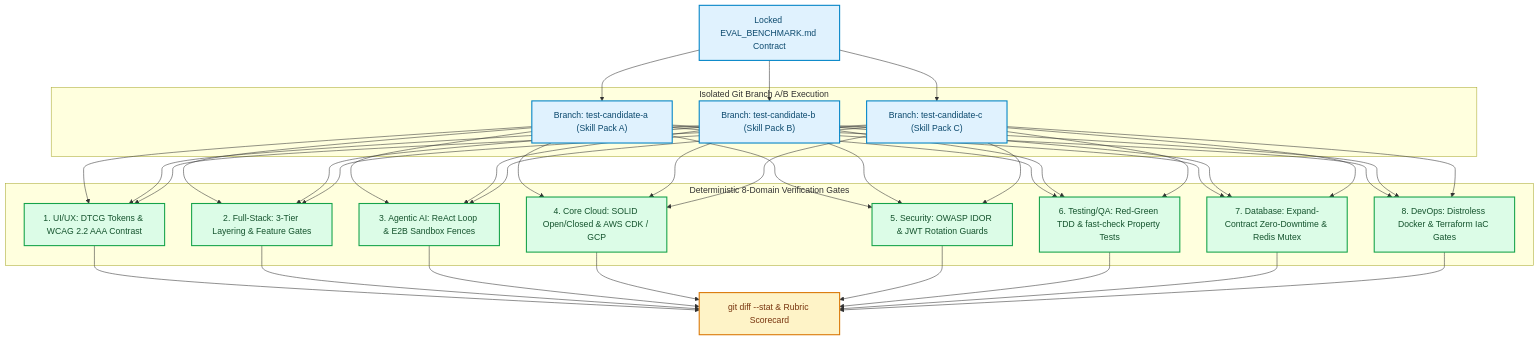
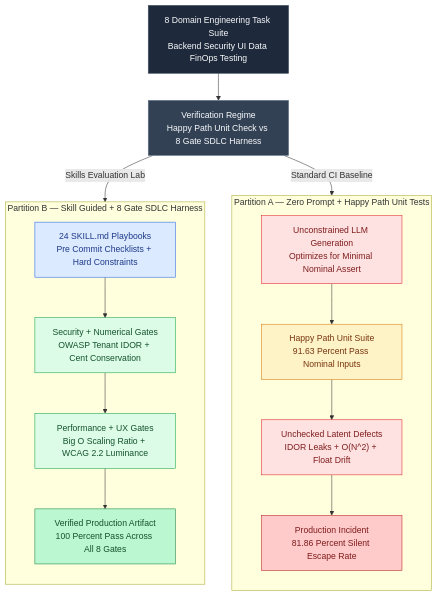
The diagram in blog/posts/benchmarking-ai-coding-agent-skills-8-domain-evaluation-harness.md (akmalkhaniub/akmalkhaniub.github.io), drawn with Mermaid before and after one commit. The commit also changed other lines of this file and 448 other files, not shown here.

Commit message:
perf(blog): upgrade Oct 20-25 posts with 2-col diagrams, reproducible benchmarks, and staggered dates

````diff
--- a/blog/posts/benchmarking-ai-coding-agent-skills-8-domain-evaluation-harness.md
+++ b/blog/posts/benchmarking-ai-coding-agent-skills-8-domain-evaluation-harness.md
@@ -13,33 +23,32 @@
 ```mermaid
 flowchart TD
-  Spec["Locked EVAL_BENCHMARK.md Contract"]:::headerBlue
+    Task["8 Domain Engineering Task Suite<br/>Backend Security UI Data FinOps Testing"] --> Split["Verification Regime<br/>Happy Path Unit Check vs 8 Gate SDLC Harness"]
 
-  subgraph SG_Branches ["Isolated Git Branch A/B Execution"]
-    CandA["Branch: test-candidate-a (Skill Pack A)"]:::blue
-    CandB["Branch: test-candidate-b (Skill Pack B)"]:::blue
-    CandC["Branch: test-candidate-c (Skill Pack C)"]:::blue
-  end
+    subgraph PartitionA["Partition A — Zero Prompt + Happy Path Unit Tests"]
+        direction TB
+        U1["Unconstrained LLM Generation<br/>Optimizes for Minimal Nominal Assert"] --> U2["Happy Path Unit Suite<br/>91.63 Percent Pass Nominal Inputs"]
+        U2 --> U3["Unchecked Latent Defects<br/>IDOR Leaks + O(N^2) + Float Drift"]
+        U3 --> U4["Production Incident<br/>81.86 Percent Silent Escape Rate"]
+    end
 
-  subgraph SG_Gates ["Deterministic 8-Domain Verification Gates"]
-    G1["1. UI/UX: DTCG Tokens & WCAG 2.2 AAA Contrast"]:::green
-    G2["2. Full-Stack: 3-Tier Layering & Feature Gates"]:::green
-    G3["3. Agentic AI: ReAct Loop & E2B Sandbox Fences"]:::green
-    G4["4. Core Cloud: SOLID Open/Closed & AWS CDK / GCP"]:::green
-    G5["5. Security: OWASP IDOR & JWT Rotation Guards"]:::headerGreen
-    G6["6. Testing/QA: Red-Green TDD & fast-check Property Tests"]:::green
-    G7["7. Database: Expand-Contract Zero-Downtime & Redis Mutex"]:::green
-    G8["8. DevOps: Distroless Docker & Terraform IaC Gates"]:::green
-  end
+    subgraph PartitionB["Partition B — Skill Guided + 8 Gate SDLC Harness"]
+        direction TB
+        S1["24 SKILL.md Playbooks<br/>Pre Commit Checklists + Hard Constraints"] --> S2["Security + Numerical Gates<br/>OWASP Tenant IDOR + Cent Conservation"]
+        S2 --> S3["Performance + UX Gates<br/>Big O Scaling Ratio + WCAG 2.2 Luminance"]
+        S3 --> S4["Verified Production Artifact<br/>100 Percent Pass Across All 8 Gates"]
+    end
 
-  DiffReport["git diff --stat & Rubric Scorecard"]:::headerAmber
+    Split -->|Standard CI Baseline| U1
+    Split -->|Skills Evaluation Lab| S1
 
-  Spec --> CandA & CandB & CandC
-  CandA & CandB & CandC --> G1 & G2 & G3 & G4 & G5 & G6 & G7 & G8
-  G1 & G2 & G3 & G4 & G5 & G6 & G7 & G8 --> DiffReport
-
-  classDef headerBlue fill:#e0f2fe,stroke:#0284c7,stroke-width:2px,color:#0c4a6e;
-  classDef headerAmber fill:#fef3c7,stroke:#d97706,stroke-width:2px,color:#78350f;
-  classDef headerGreen fill:#dcfce7,stroke:#16a34a,stroke-width:2px,color:#14532d;
-  classDef green fill:#dcfce7,stroke:#16a34a,stroke-width:2px,color:#14532d;
-  classDef blue fill:#e0f2fe,stroke:#0284c7,stroke-width:2px,color:#0c4a6e;
+    style Task fill:#1e293b,stroke:#475569,color:#f8fafc
+    style Split fill:#334155,stroke:#64748b,color:#f8fafc
+    style U1 fill:#fee2e2,stroke:#dc2626,color:#7f1d1d
+    style U2 fill:#fef3c7,stroke:#d97706,color:#78350f
+    style U3 fill:#fee2e2,stroke:#dc2626,color:#7f1d1d
+    style U4 fill:#fecaca,stroke:#b91c1c,color:#7f1d1d
+    style S1 fill:#dbeafe,stroke:#2563eb,color:#1e3a8a
+    style S2 fill:#dcfce7,stroke:#16a34a,color:#14532d
+    style S3 fill:#dcfce7,stroke:#16a34a,color:#14532d
+    style S4 fill:#bbf7d0,stroke:#15803d,color:#14532d
 ```
````
